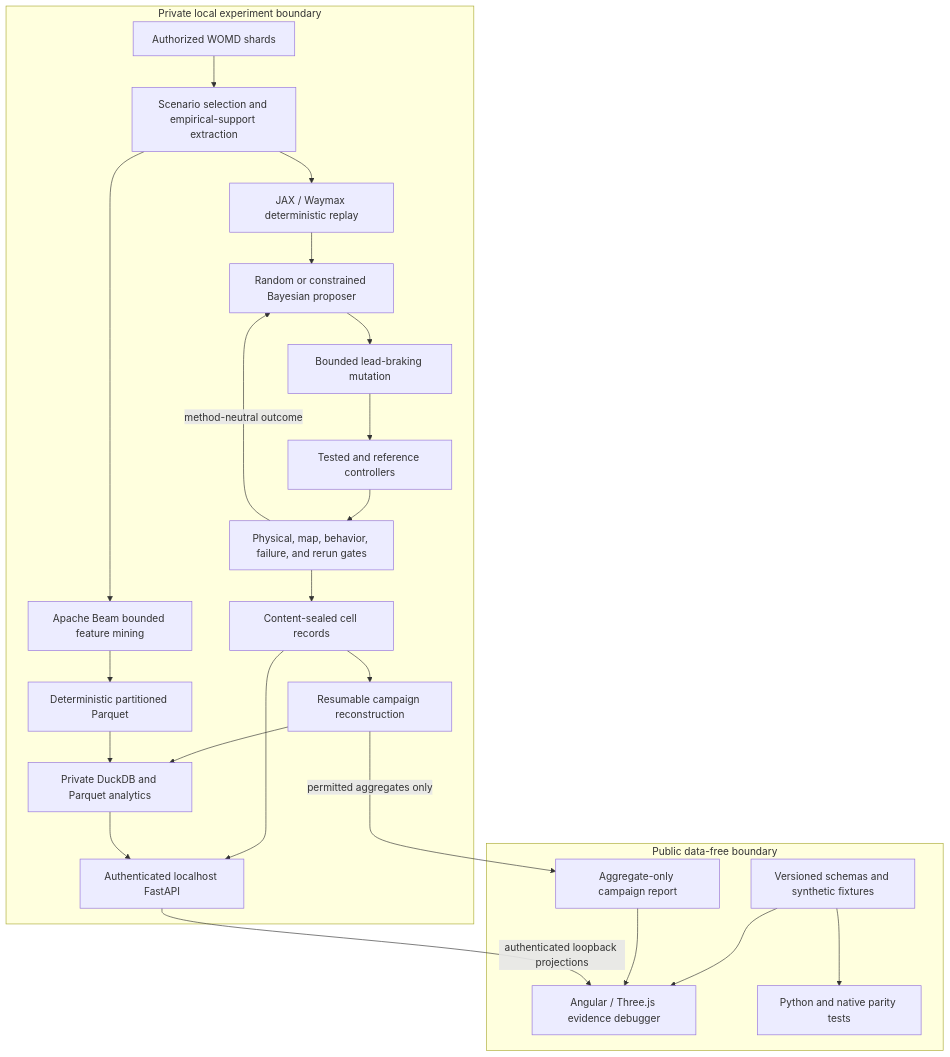
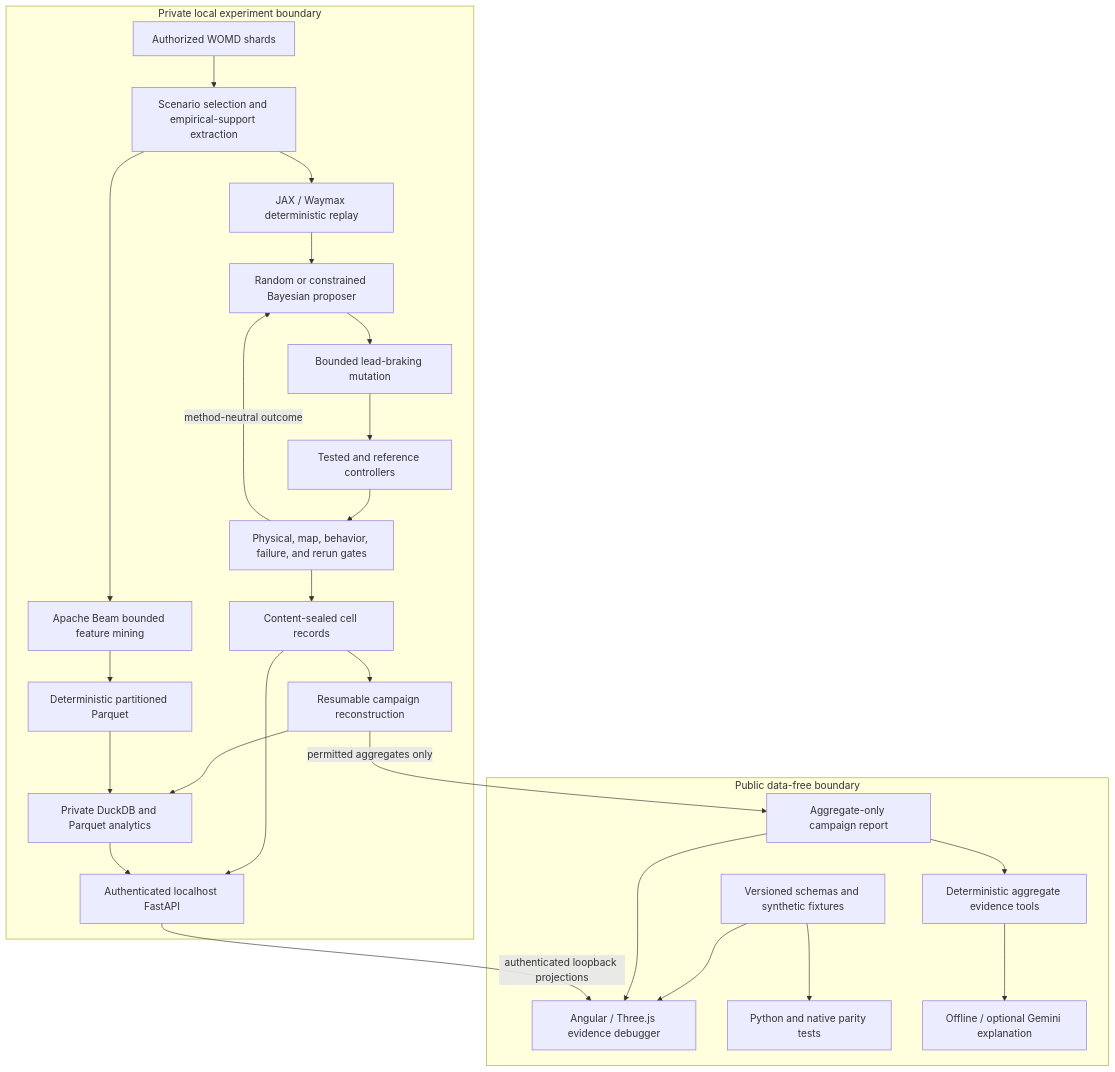
The diagram in docs/architecture.md (ethanvillalovoz/planmargin), drawn with Mermaid before and after one commit. The commit also changed other lines of this file and 9 other files, not shown here.

````diff
--- a/docs/architecture.md
+++ b/docs/architecture.md
@@ -11,33 +11,37 @@
 ```mermaid
 flowchart TB
     subgraph P["Private local experiment boundary"]
         A["Authorized WOMD shards"] --> B["Scenario selection and empirical-support extraction"]
         B --> C["JAX / Waymax deterministic replay"]
         B --> Q["Apache Beam bounded feature mining"]
         C --> G["Random or constrained Bayesian proposer"]
         G --> D["Bounded lead-braking mutation"]
         D --> E["Tested and reference controllers"]
         E --> F["Physical, map, behavior, failure, and rerun gates"]
         F -->|"method-neutral outcome"| G
         F --> H["Content-sealed cell records"]
         H --> I["Resumable campaign reconstruction"]
         I --> J["Private DuckDB and Parquet analytics"]
         Q --> R["Deterministic partitioned Parquet"]
         R --> J
         H --> O["Authenticated localhost FastAPI"]
         J --> O
     end
 
     subgraph U["Public data-free boundary"]
         K["Versioned schemas and synthetic fixtures"]
         L["Aggregate-only campaign report"]
         M["Angular / Three.js evidence debugger"]
         N["Python and native parity tests"]
+        S["Deterministic aggregate evidence tools"]
+        T["Offline / optional Gemini explanation"]
         K --> M
         L --> M
         K --> N
+        L --> S
+        S --> T
     end
 
     I -->|"permitted aggregates only"| L
     O -->|"authenticated loopback projections"| M
 ```
````
